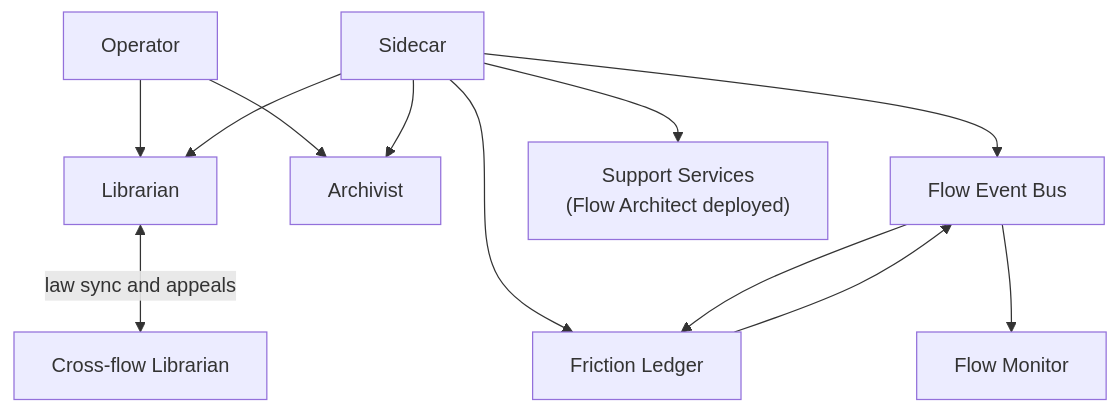
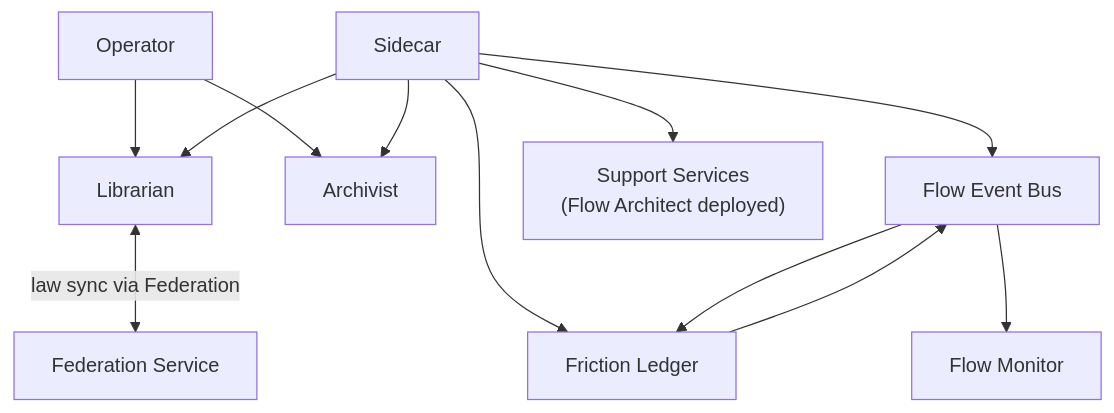
The first of 4 diagrams in specs/02-flow/04-system-services.md (really-knows-ai/gideas), drawn with Mermaid before and after one commit. The commit also changed other lines of this file and 28 other files, not shown here.

````diff
--- a/specs/02-flow/04-system-services.md
+++ b/specs/02-flow/04-system-services.md
@@ -19,18 +20,18 @@
 ```mermaid
 flowchart TD
     OP["Operator"] --> LB["Librarian"]
     OP --> AR["Archivist"]
 
     SC["Sidecar"] --> LB
     SC --> AR
     SC --> EB["Flow Event Bus"]
     SC --> FL["Friction Ledger"]
 
     SC --> SS["Support Services<br/>(Flow Architect deployed)"]
 
     EB --> FL
     EB --> FM["Flow Monitor"]
     FL --> EB
 
-    LB <-->|"law sync and appeals"| XFL["Cross-flow Librarian"]
+    LB <-->|"law sync via Federation"| FED["Federation Service"]
 ```
````
